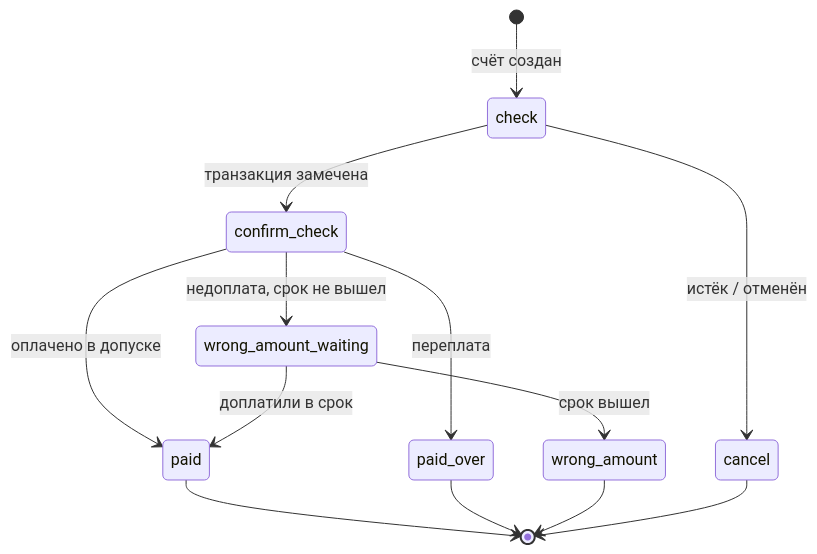
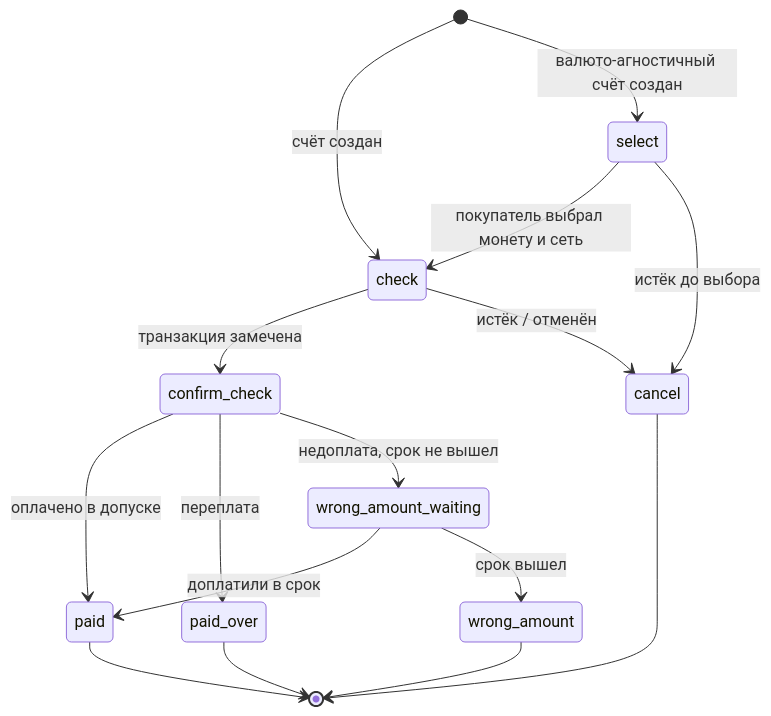
One commit to oblodai/docs changed the second of 6 diagrams in reference/diagrams.mdx. Above: the diagram before and after it, drawn with Mermaid. The commit also changed other lines of this file and 57 other files, not shown here.

````diff
--- a/reference/diagrams.mdx
+++ b/reference/diagrams.mdx
@@ -44,15 +44,18 @@
 ```mermaid
 stateDiagram-v2
     [*] --> check: счёт создан
+    [*] --> select: валюто-агностичный счёт создан
+    select --> check: покупатель выбрал монету и сеть
+    select --> cancel: истёк до выбора
     check --> confirm_check: транзакция замечена
     check --> cancel: истёк / отменён
     confirm_check --> paid: оплачено в допуске
     confirm_check --> paid_over: переплата
     confirm_check --> wrong_amount_waiting: недоплата, срок не вышел
     wrong_amount_waiting --> paid: доплатили в срок
     wrong_amount_waiting --> wrong_amount: срок вышел
     paid --> [*]
     paid_over --> [*]
     wrong_amount --> [*]
     cancel --> [*]
 ```
````
